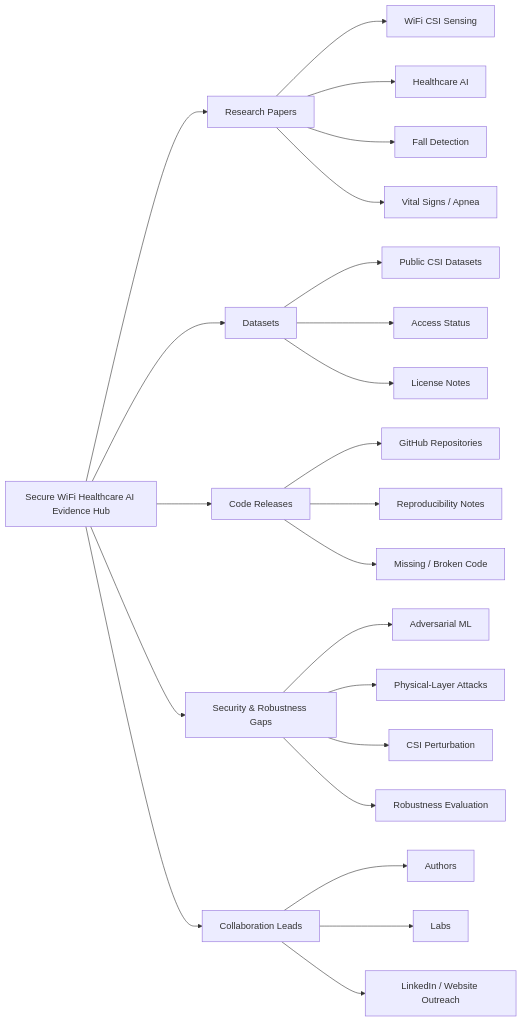
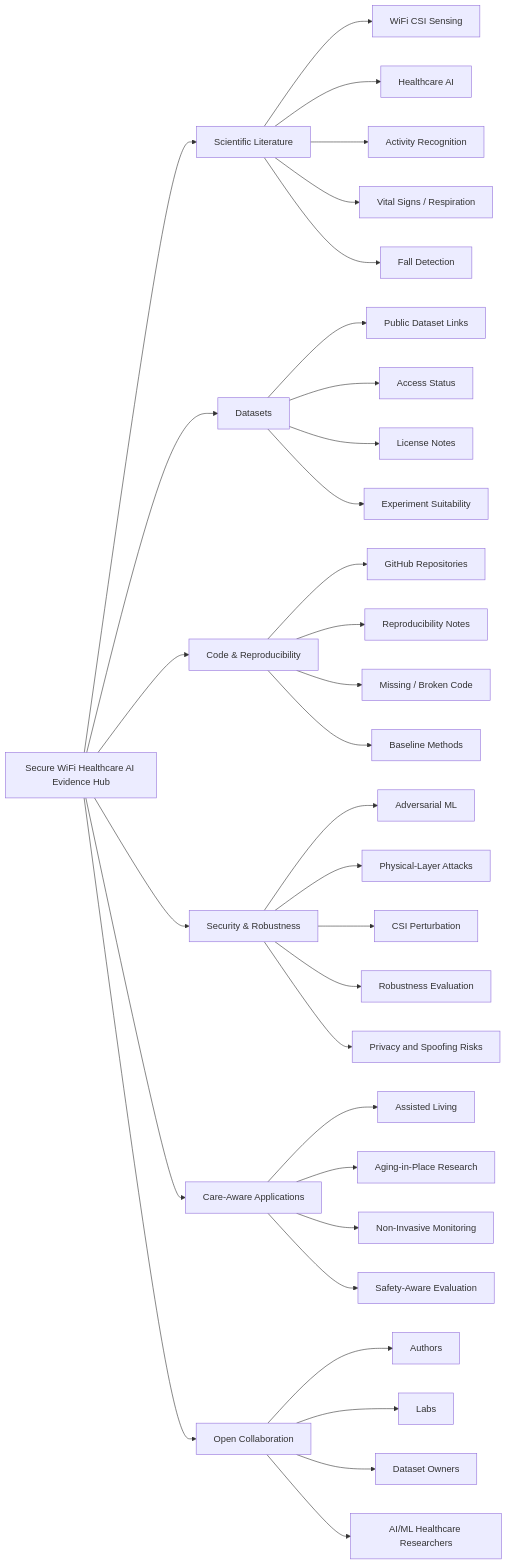
Before and after one commit to shahram-h-hesari/wifi-csi-fall-detection: the first of 2 diagrams in evidence_hub/README.md, drawn with Mermaid. The commit also changed other lines of this file, not shown here.

Commit message:
Refine Evidence Hub positioning for research collaboration

````diff
--- a/evidence_hub/README.md
+++ b/evidence_hub/README.md
@@ -33,30 +57,41 @@
 ```mermaid
 flowchart LR
-    A["Secure WiFi Healthcare AI Evidence Hub"] --> B["Research Papers"]
+    A["Secure WiFi Healthcare AI Evidence Hub"] --> B["Scientific Literature"]
     A --> C["Datasets"]
-    A --> D["Code Releases"]
-    A --> E["Security & Robustness Gaps"]
-    A --> F["Collaboration Leads"]
+    A --> D["Code & Reproducibility"]
+    A --> E["Security & Robustness"]
+    A --> F["Care-Aware Applications"]
+    A --> G["Open Collaboration"]
 
     B --> B1["WiFi CSI Sensing"]
     B --> B2["Healthcare AI"]
-    B --> B3["Fall Detection"]
-    B --> B4["Vital Signs / Apnea"]
+    B --> B3["Activity Recognition"]
+    B --> B4["Vital Signs / Respiration"]
+    B --> B5["Fall Detection"]
 
-    C --> C1["Public CSI Datasets"]
+    C --> C1["Public Dataset Links"]
     C --> C2["Access Status"]
     C --> C3["License Notes"]
+    C --> C4["Experiment Suitability"]
 
     D --> D1["GitHub Repositories"]
     D --> D2["Reproducibility Notes"]
     D --> D3["Missing / Broken Code"]
+    D --> D4["Baseline Methods"]
 
     E --> E1["Adversarial ML"]
     E --> E2["Physical-Layer Attacks"]
     E --> E3["CSI Perturbation"]
     E --> E4["Robustness Evaluation"]
+    E --> E5["Privacy and Spoofing Risks"]
 
-    F --> F1["Authors"]
-    F --> F2["Labs"]
-    F --> F3["LinkedIn / Website Outreach"]
+    F --> F1["Assisted Living"]
+    F --> F2["Aging-in-Place Research"]
+    F --> F3["Non-Invasive Monitoring"]
+    F --> F4["Safety-Aware Evaluation"]
+
+    G --> G1["Authors"]
+    G --> G2["Labs"]
+    G --> G3["Dataset Owners"]
+    G --> G4["AI/ML Healthcare Researchers"]
 ```
````
